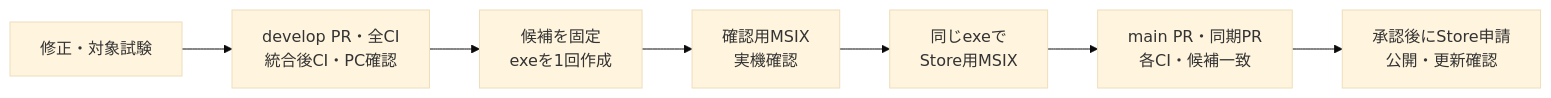
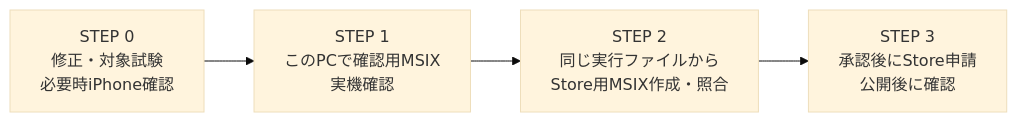
The first of 3 diagrams in docs/010_RELEASE.md (ore-no-fusen/ore-no-fusen), drawn with Mermaid (base theme) before and after one commit. The commit also changed other lines of this file and 1 other file, not shown here.

````diff
--- a/docs/010_RELEASE.md
+++ b/docs/010_RELEASE.md
@@ -83,4 +5,4 @@
 ```mermaid
 flowchart LR
-    A["修正・対象試験"] --> B["develop PR・全CI<br/>統合後CI・PC確認"] --> C["候補を固定<br/>exeを1回作成"] --> D["確認用MSIX<br/>実機確認"] --> E["同じexeで<br/>Store用MSIX"] --> F["main PR・同期PR<br/>各CI・候補一致"] --> G["承認後にStore申請<br/>公開・更新確認"]
+    A["STEP 0<br/>修正・対象試験<br/>必要時iPhone確認"] --> B["STEP 1<br/>このPCで確認用MSIX<br/>実機確認"] --> C["STEP 2<br/>同じ実行ファイルから<br/>Store用MSIX作成・照合"] --> D["STEP 3<br/>承認後にStore申請<br/>公開後に確認"]
 ```
````
